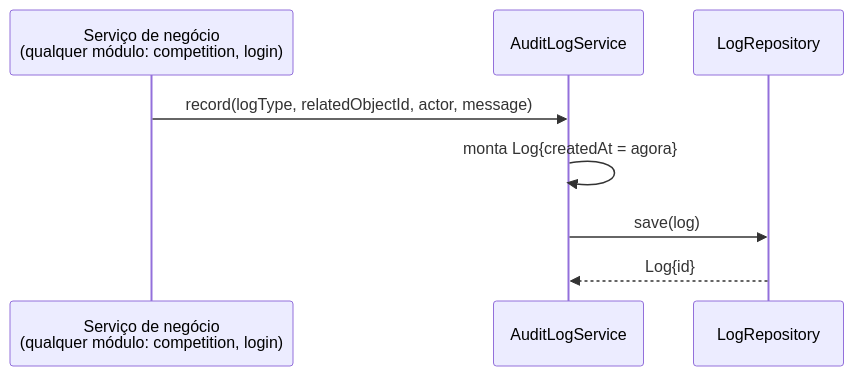
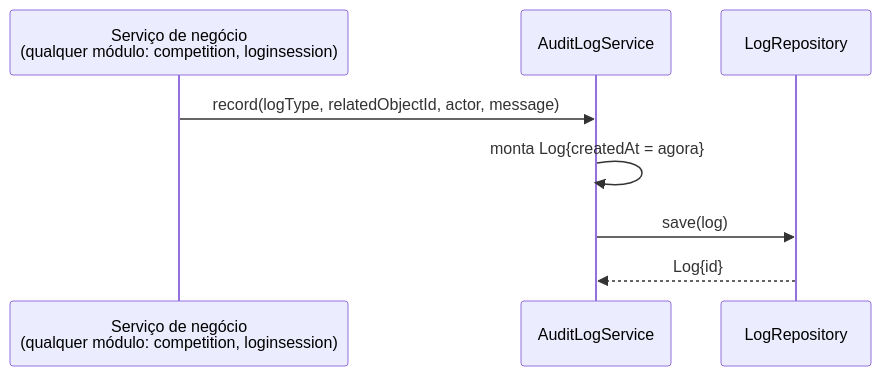
Before and after one commit to lalgarve/jogo-acoes: the eighth of 21 diagrams in docs/diagrams/modulos.md, drawn with Mermaid. The commit also changed other lines of this file and 3 other files, not shown here.

First line of the commit message:
docs: update module diagrams for the login package split

````diff
--- a/docs/diagrams/modulos.md
+++ b/docs/diagrams/modulos.md
@@ -350,11 +355,11 @@
 ```mermaid
 sequenceDiagram
-    participant Svc as Serviço de negócio<br/>(qualquer módulo: competition, login)
+    participant Svc as Serviço de negócio<br/>(qualquer módulo: competition, loginsession)
     participant AL as AuditLogService
     participant LR as LogRepository
 
     Svc->>AL: record(logType, relatedObjectId, actor, message)
     AL->>AL: monta Log{createdAt = agora}
     AL->>LR: save(log)
     LR-->>AL: Log{id}
 ```
````
